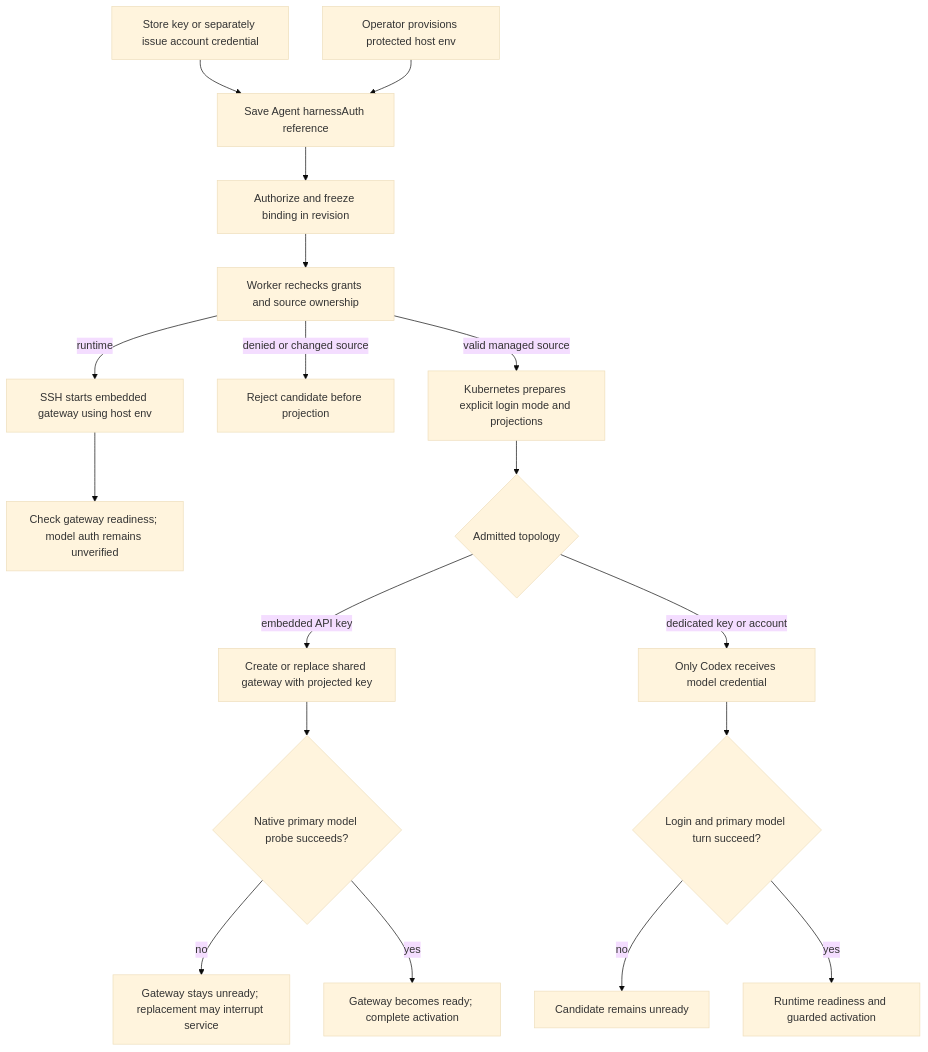
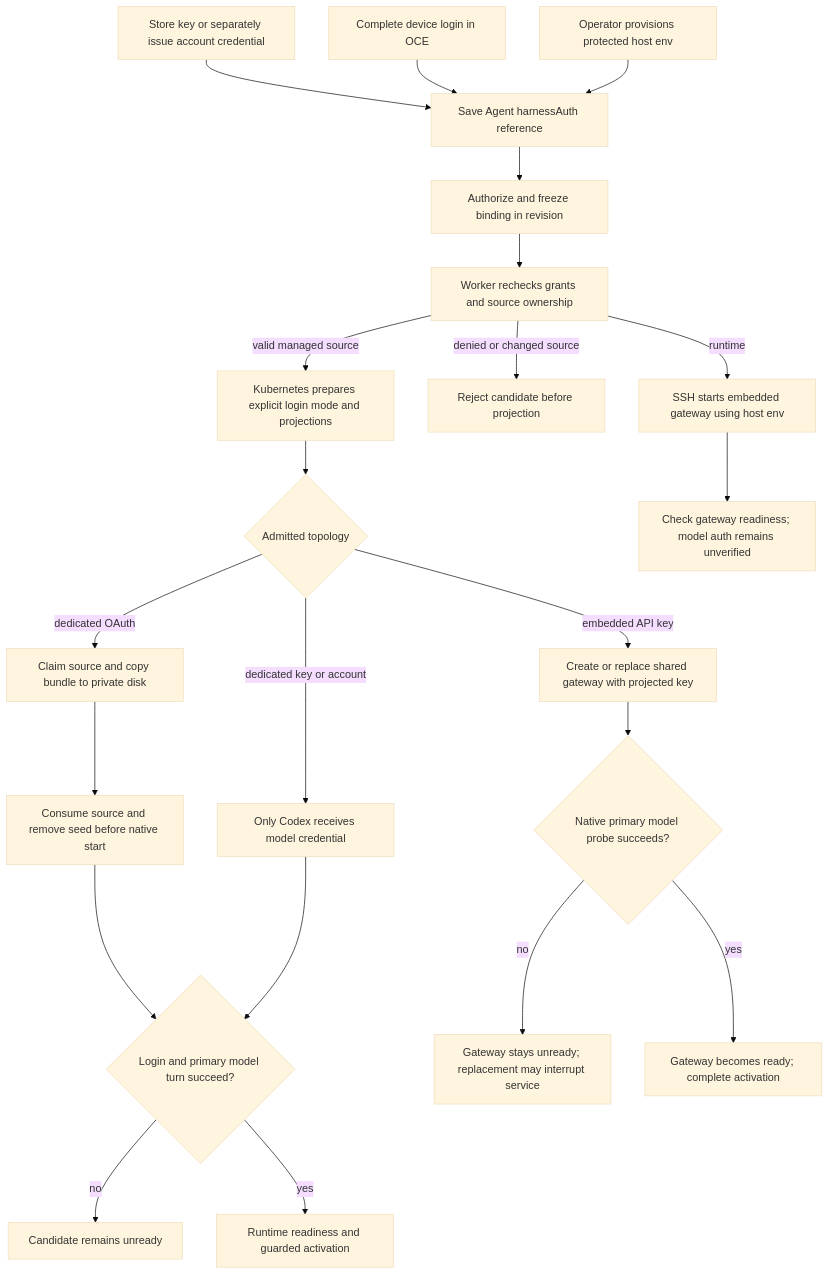
One commit to IsaiahStapleton/openclaw-enterprise changed the diagram in docs/flows/native-service-account-credential-delivery.md. Above: the diagram before and after it, drawn with Mermaid (base theme). The commit also changed other lines of this file and 40 other files, not shown here.

Commit message:
Add device OAuth custody and persistent Codex credentials

````diff
--- a/docs/flows/native-service-account-credential-delivery.md
+++ b/docs/flows/native-service-account-credential-delivery.md
@@ -33,20 +33,24 @@
 ```mermaid
 graph TD
   A["Store key or separately issue account credential"] --> B["Save Agent harnessAuth reference"]
+  DA["Complete device login in OCE"] --> B
+  G -->|dedicated OAuth| OA["Claim source and copy bundle to private disk"]
+  OA --> OB["Consume source and remove seed before native start"]
+  OB --> J
   R["Operator provisions protected host env"] --> B
   D -->|runtime| S["SSH starts embedded gateway using host env"]
   S --> T["Check gateway readiness; model auth remains unverified"]
   B --> C["Authorize and freeze binding in revision"]
   C --> D["Worker rechecks grants and source ownership"]
   D -->|denied or changed source| E["Reject candidate before projection"]
   D -->|valid managed source| F["Kubernetes prepares explicit login mode and projections"]
   F --> G{"Admitted topology"}
   G -->|embedded API key| H["Create or replace shared gateway with projected key"]
   G -->|dedicated key or account| I["Only Codex receives model credential"]
   I --> J{"Login and primary model turn succeed?"}
   J -->|no| K["Candidate remains unready"]
   J -->|yes| L["Runtime readiness and guarded activation"]
   H --> M{"Native primary model probe succeeds?"}
   M -->|no| N["Gateway stays unready; replacement may interrupt service"]
   M -->|yes| O["Gateway becomes ready; complete activation"]
 ```
````
